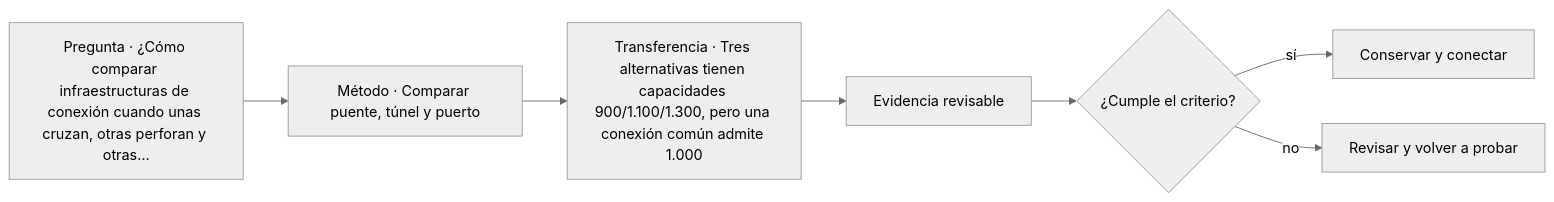
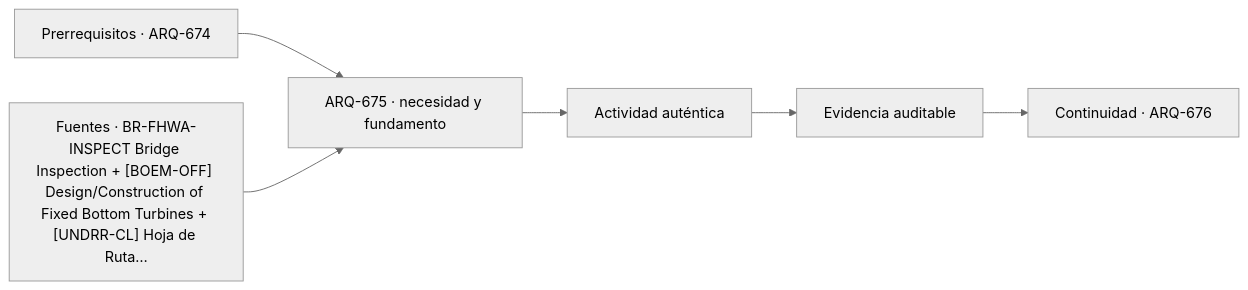
The diagram in classes/parte-68/ARQ-675.md (vladimiracunadev-create/architecture-built-environment-learning-program), drawn with Mermaid (neutral theme) before and after one commit. The commit also changed other lines of this file and 761 other files, not shown here.

````diff
--- a/classes/parte-68/ARQ-675.md
+++ b/classes/parte-68/ARQ-675.md
@@ -68,9 +80,8 @@
 ```mermaid
 flowchart LR
-    Q["Pregunta · ¿Cómo comparar infraestructuras de conexión cuando unas cruzan, otras perforan y otras…"] --> M["Método · Comparar puente, túnel y puerto"]
-    M --> P["Transferencia · Tres alternativas tienen capacidades 900/1.100/1.300, pero una conexión común admite 1.000"]
-    P --> E["Evidencia revisable"]
-    E --> C{"¿Cumple el criterio?"}
-    C -->|sí| T["Conservar y conectar"]
-    C -->|no| R["Revisar y volver a probar"]
+    A["Prerrequisitos · ARQ-674"] --> B["ARQ-675 · necesidad y fundamento"]
+    S["Fuentes · BR-FHWA-INSPECT Bridge Inspection + [BOEM-OFF] Design/Construction of Fixed Bottom Turbines + [UNDRR-CL] Hoja de Ruta…"] --> B
+    B --> C["Actividad auténtica"]
+    C --> D["Evidencia auditable"]
+    D --> E["Continuidad · ARQ-676"]
 ```
````
